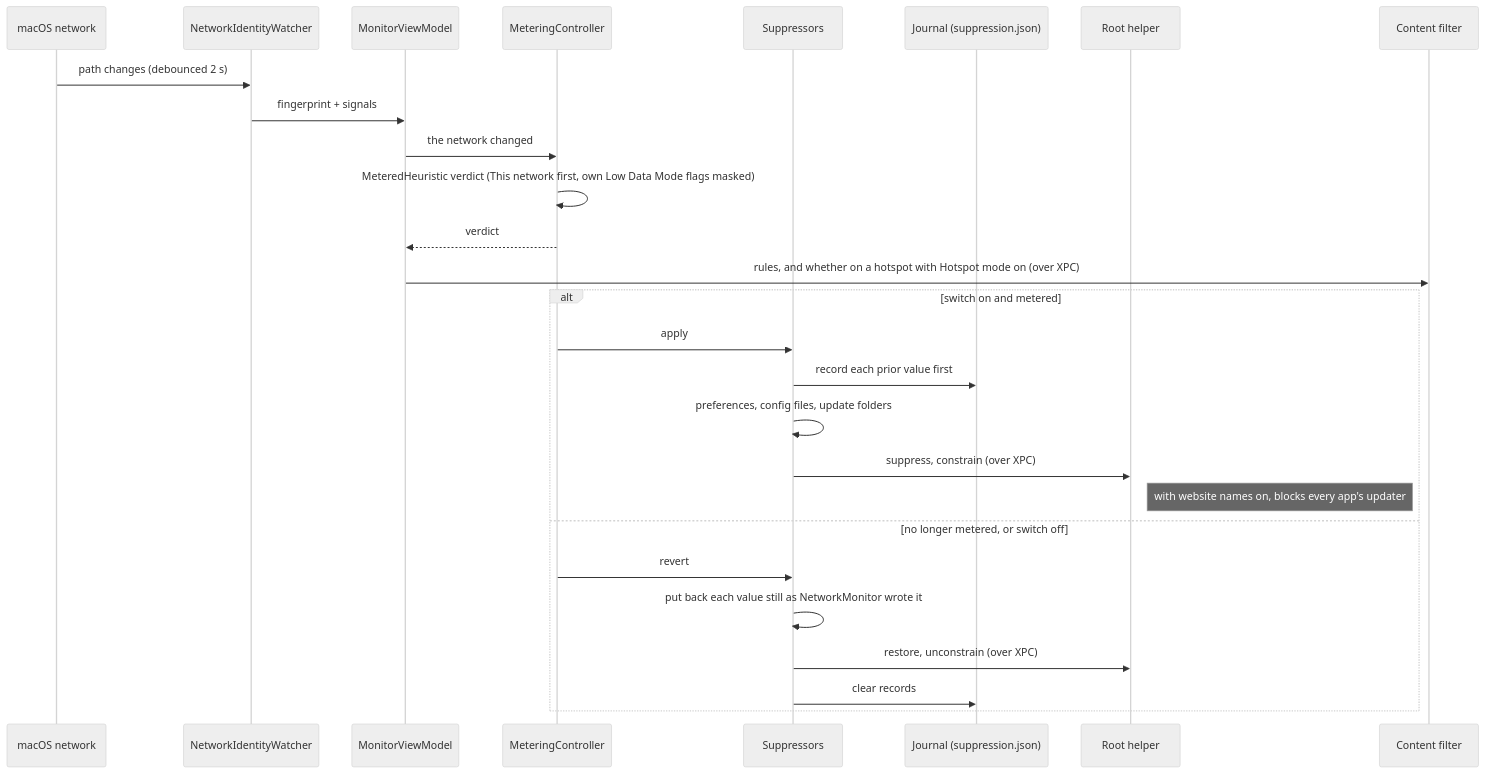
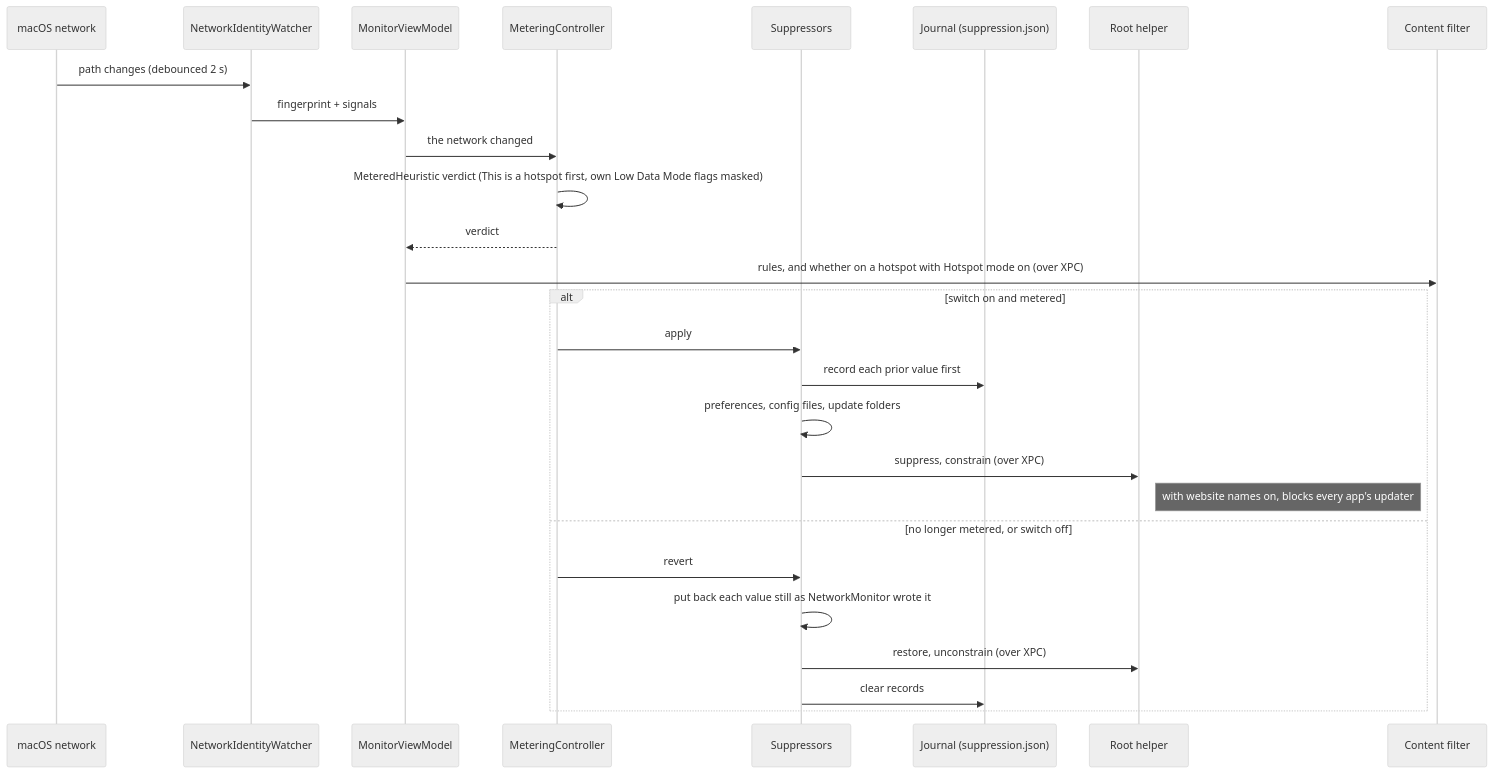
The diagram in docs/hotspot-mode.md (kevinabouhanna/NetworkMonitor), drawn with Mermaid (neutral theme) before and after one commit. The commit also changed other lines of this file and 163 other files, not shown here.

First line of the commit message:
Flow overhaul: a named way into every feature, numbers in the windows, setup in Settings (#436) (#448)

````diff
--- a/docs/hotspot-mode.md
+++ b/docs/hotspot-mode.md
@@ -205,30 +209,30 @@
 ```mermaid
 sequenceDiagram
     participant Mac as macOS network
     participant W as NetworkIdentityWatcher
     participant VM as MonitorViewModel
     participant M as MeteringController
     participant S as Suppressors
     participant J as Journal (suppression.json)
     participant H as Root helper
     participant F as Content filter
 
     Mac->>W: path changes (debounced 2 s)
     W->>VM: fingerprint + signals
     VM->>M: the network changed
-    M->>M: MeteredHeuristic verdict (This network first, own Low Data Mode flags masked)
+    M->>M: MeteredHeuristic verdict (This is a hotspot first, own Low Data Mode flags masked)
     M-->>VM: verdict
     VM->>F: rules, and whether on a hotspot with Hotspot mode on (over XPC)
     alt switch on and metered
         M->>S: apply
         S->>J: record each prior value first
         S->>S: preferences, config files, update folders
         S->>H: suppress, constrain (over XPC)
         Note left of F: with website names on, blocks every app's updater
     else no longer metered, or switch off
         M->>S: revert
         S->>S: put back each value still as NetworkMonitor wrote it
         S->>H: restore, unconstrain (over XPC)
         S->>J: clear records
     end
 ```
````
